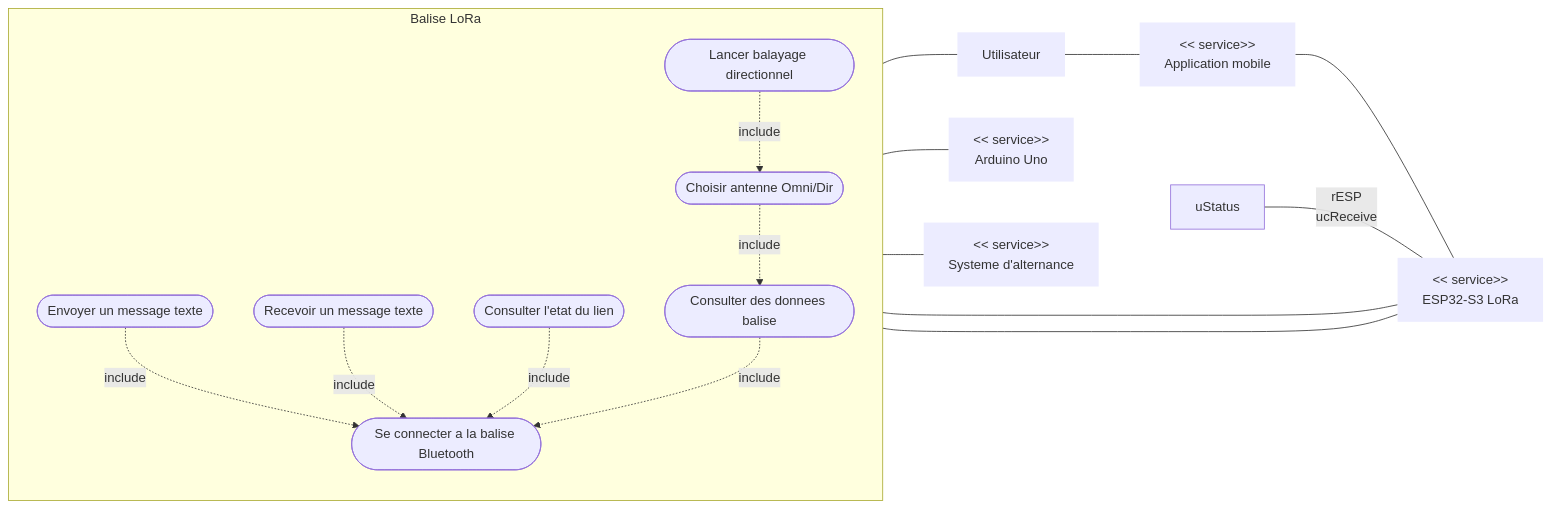
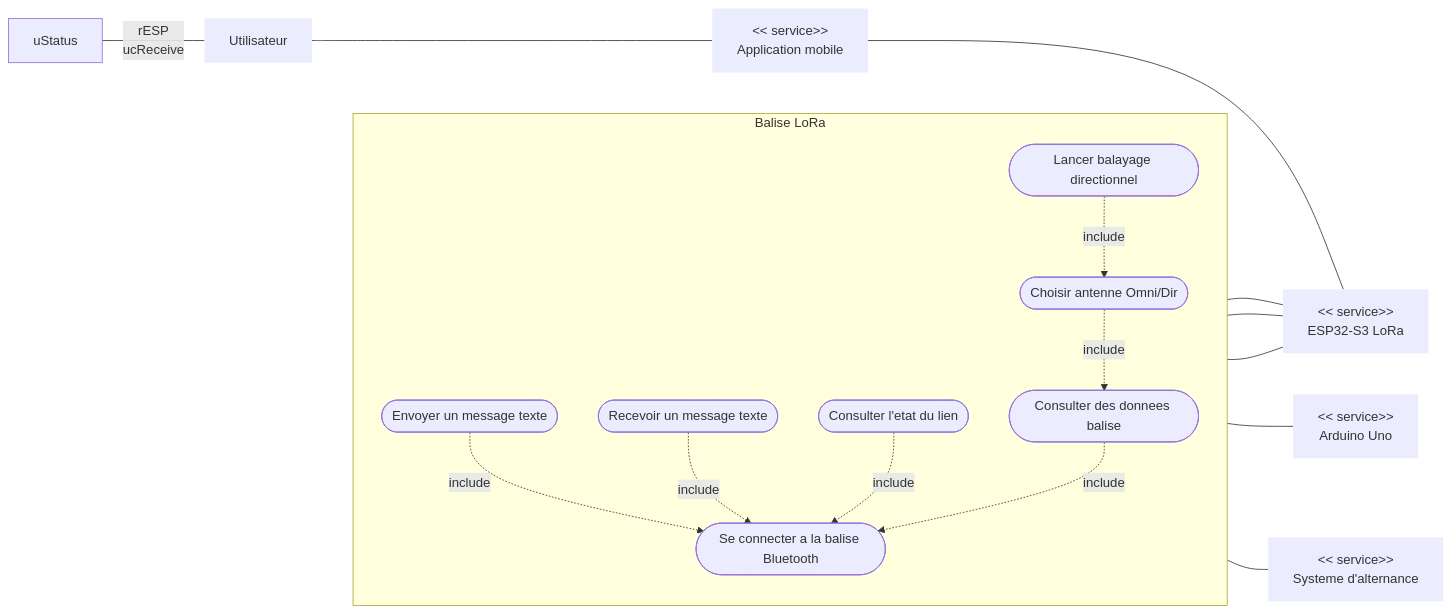
Before and after one commit to SHU445/Projet-LoRa-72h: the first of 6 diagrams in Diagrammes_SysML_Projet_LoRa.md, drawn with Mermaid.

Commit message:
"USE_case_test_tamerelapute2"

````diff
--- a/Diagrammes_SysML_Projet_LoRa.md
+++ b/Diagrammes_SysML_Projet_LoRa.md
@@ -12,41 +12,41 @@
 ```mermaid
 flowchart LR
   rU["Utilisateur"]:::role
   rAPP["<< service>>\nApplication mobile"]:::role
   rESP["<< service>>\nESP32-S3 LoRa"]:::role
   rARD["<< service>>\nArduino Uno"]:::role
   rALT["<< service>>\nSysteme d'alternance"]:::role
 
   subgraph S["Balise LoRa"]
     direction TB
     ucConnect([Se connecter a la balise Bluetooth])
     ucSend([Envoyer un message texte])
     ucReceive([Recevoir un message texte])
     ucStatus([Consulter l'etat du lien])
     ucData([Consulter des donnees balise])
     ucSelectAntenna([Choisir antenne Omni/Dir])
     ucScan([Lancer balayage directionnel])
 
     ucSend -. include .-> ucConnect
     ucReceive -. include .-> ucConnect
     ucStatus -. include .-> ucConnect
     ucData -. include .-> ucConnect
     ucSelectAntenna -. include .-> ucData
     ucScan -. include .-> ucSelectAntenna
   end
 
   rU --- rAPP
   rAPP --- rESP
 
   ucSend --- rESP
   uStatus --rESP
-  ucReceive --- rESP
-  ucData --- rU
+  ucReceive --- rU
+  ucData --- rESP
   ucSelectAntenna --- rESP
 
 
   ucScan --- rARD
   ucSelectAntenna --- rALT
 
   classDef role stroke-width:0px;
 ```
````
